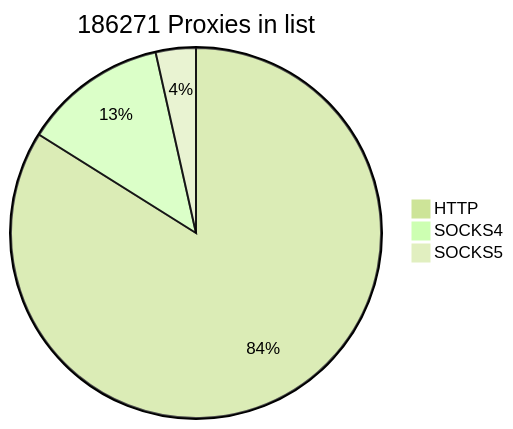
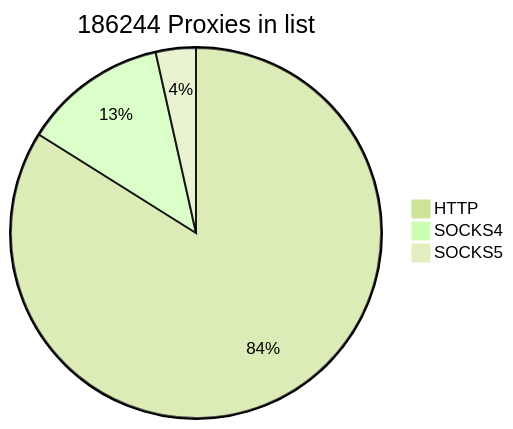
One commit to cutipu/proxylist changed the first of 2 diagrams in README.md. Above: the diagram before and after it, drawn with Mermaid (forest theme). The commit also changed other lines of this file, not shown here.

````diff
--- a/README.md
+++ b/README.md
@@ -2,7 +2,7 @@
 ```mermaid
-pie title 186271 Proxies in list
-    "HTTP" : 156304
+pie title 186244 Proxies in list
+    "HTTP" : 156278
     "SOCKS4" : 23445
-    "SOCKS5" : 6522
+    "SOCKS5" : 6521
             
 ```
````
